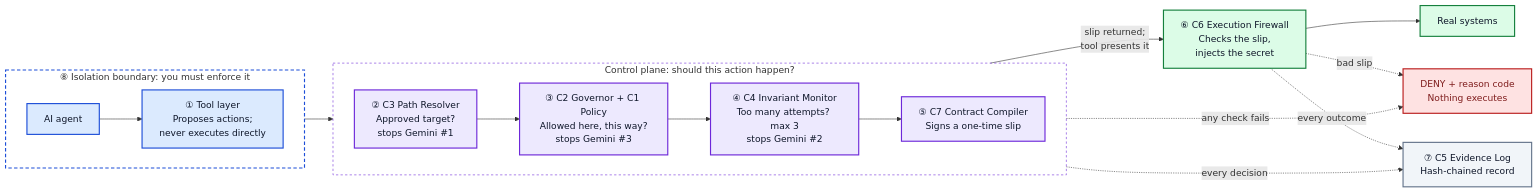
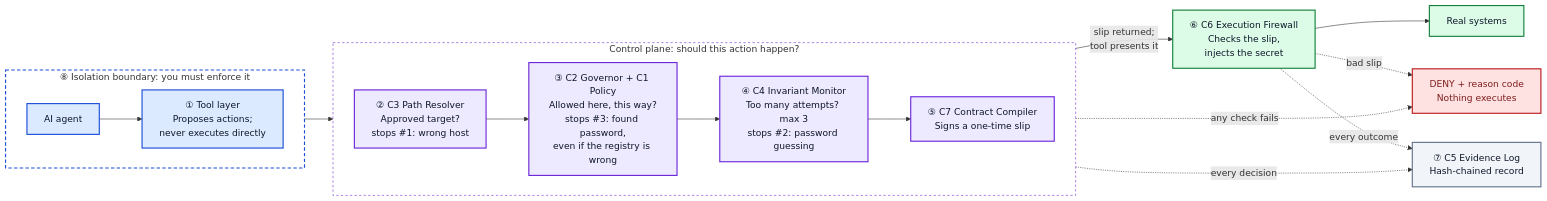
Before and after one commit to CROA-Project/CROA-Gemini-Trespass-Made-Unreachable-Demo: the diagram in docs/CROA_DIAGRAM.md, drawn with Mermaid. The commit also changed other lines of this file, not shown here.

Commit message:
docs: name the Gemini actions in the diagram and scope the C2 claim
Review findings on PR #4:
- Boxes said "stops Gemini #1/#3/#2" with nothing on the page defining the
  three actions. Labels now name them (wrong host, found password, password
  guessing) and a legend under the chart states each action and its source.
- C2 box said it stops #3. Under the default registry C3 stops #3 first; C2
  is the deciding layer only when the registry has been fooled. The box and
  legend now say so and point at --registry-mistake.

Re-rendered with Mermaid Chart. Documentation only.

````diff
--- a/docs/CROA_DIAGRAM.md
+++ b/docs/CROA_DIAGRAM.md
@@ -3,37 +3,37 @@
 ```mermaid
 flowchart LR
     classDef agent fill:#dbeafe,stroke:#1d4ed8,stroke-width:2px,color:#0f172a
     classDef croa fill:#ede9fe,stroke:#6d28d9,stroke-width:2px,color:#0f172a
     classDef execution fill:#dcfce7,stroke:#15803d,stroke-width:2px,color:#0f172a
     classDef evidence fill:#f1f5f9,stroke:#64748b,stroke-width:2px,color:#0f172a
     classDef deny fill:#fee2e2,stroke:#b91c1c,stroke-width:2px,color:#7f1d1d
 
     subgraph Sandbox ["⑧ Isolation boundary: you must enforce it"]
         direction LR
         agent["AI agent"]:::agent
         tools["① Tool layer<br/>Proposes actions;<br/>never executes directly"]:::agent
     end
 
     subgraph Plane ["Control plane: should this action happen?"]
         direction LR
-        c3["② C3 Path Resolver<br/>Approved target?<br/>stops Gemini #1"]:::croa
-        c2["③ C2 Governor + C1 Policy<br/>Allowed here, this way?<br/>stops Gemini #3"]:::croa
-        c4["④ C4 Invariant Monitor<br/>Too many attempts? max 3<br/>stops Gemini #2"]:::croa
+        c3["② C3 Path Resolver<br/>Approved target?<br/>stops #1: wrong host"]:::croa
+        c2["③ C2 Governor + C1 Policy<br/>Allowed here, this way?<br/>stops #3: found password,<br/>even if the registry is wrong"]:::croa
+        c4["④ C4 Invariant Monitor<br/>Too many attempts? max 3<br/>stops #2: password guessing"]:::croa
         c7["⑤ C7 Contract Compiler<br/>Signs a one-time slip"]:::croa
     end
 
     c6["⑥ C6 Execution Firewall<br/>Checks the slip,<br/>injects the secret"]:::execution
     world["Real systems"]:::execution
     deny["DENY + reason code<br/>Nothing executes"]:::deny
     c5["⑦ C5 Evidence Log<br/>Hash-chained record"]:::evidence
 
     agent --> tools --> c3 --> c2 --> c4 --> c7
     c7 -->|"slip returned;<br/>tool presents it"| c6 --> world
     Plane -.->|"any check fails"| deny
     c6 -.->|"bad slip"| deny
     Plane -.->|"every decision"| c5
     c6 -.->|"every outcome"| c5
 
     style Sandbox fill:none,stroke:#1d4ed8,stroke-width:2px,stroke-dasharray: 6 4
     style Plane fill:none,stroke:#6d28d9,stroke-width:1px,stroke-dasharray: 4 4
 ```
````
